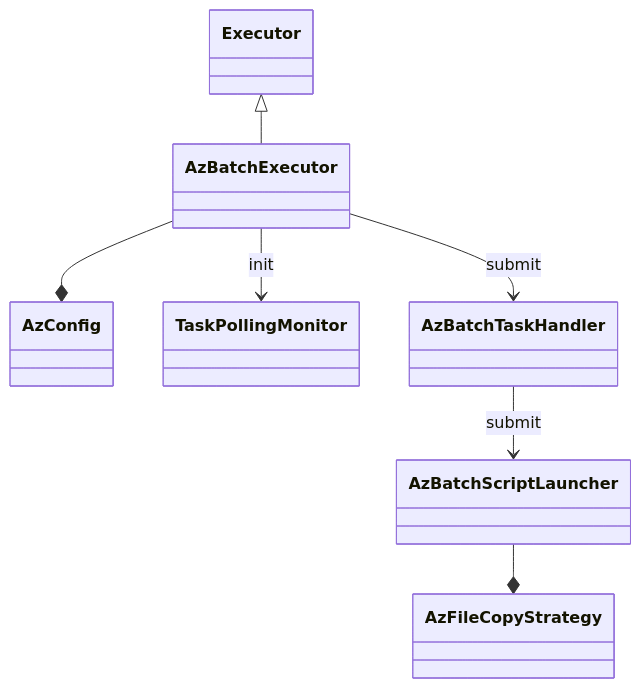
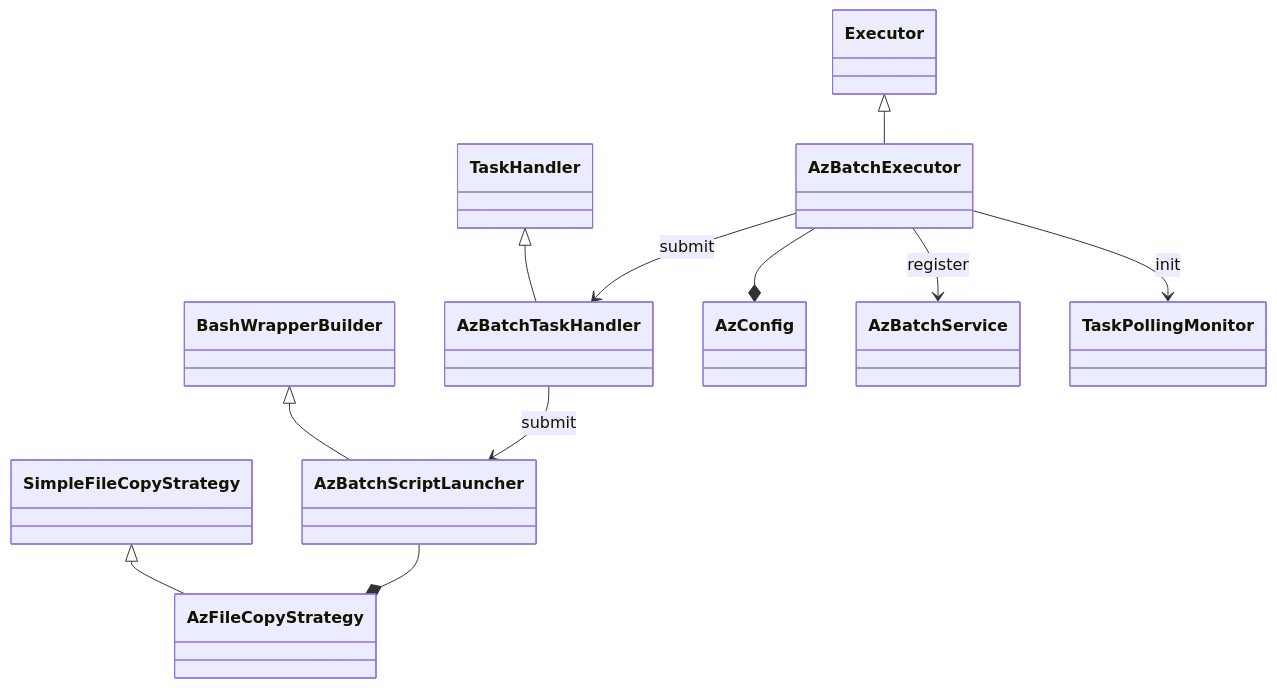
The diagram in docs/developer/class-diagrams/nextflow.cloud.azure.mmd (nextflow-io/nextflow), drawn with Mermaid before and after one commit. The commit also changed 9 other files, not shown here.

```diff
--- a/docs/developer/class-diagrams/nextflow.cloud.azure.mmd
+++ b/docs/developer/class-diagrams/nextflow.cloud.azure.mmd
@@ -1,16 +1,17 @@
 classDiagram
     %%
     %% nextflow.cloud.azure
     %%
     Executor <|-- AzBatchExecutor
-    %% TaskHandler <|-- AzBatchTaskHandler
-    %% BashWrapperBuilder <|-- AzBatchScriptLauncher
+    TaskHandler <|-- AzBatchTaskHandler
+    BashWrapperBuilder <|-- AzBatchScriptLauncher
 
     AzBatchExecutor --* AzConfig
+    AzBatchExecutor --> AzBatchService : register
 
     AzBatchExecutor --> TaskPollingMonitor : init
     AzBatchExecutor --> AzBatchTaskHandler : submit
     AzBatchTaskHandler --> AzBatchScriptLauncher : submit
 
-    %% SimpleFileCopyStrategy <|-- AzFileCopyStrategy
+    SimpleFileCopyStrategy <|-- AzFileCopyStrategy
     AzBatchScriptLauncher --* AzFileCopyStrategy
```
